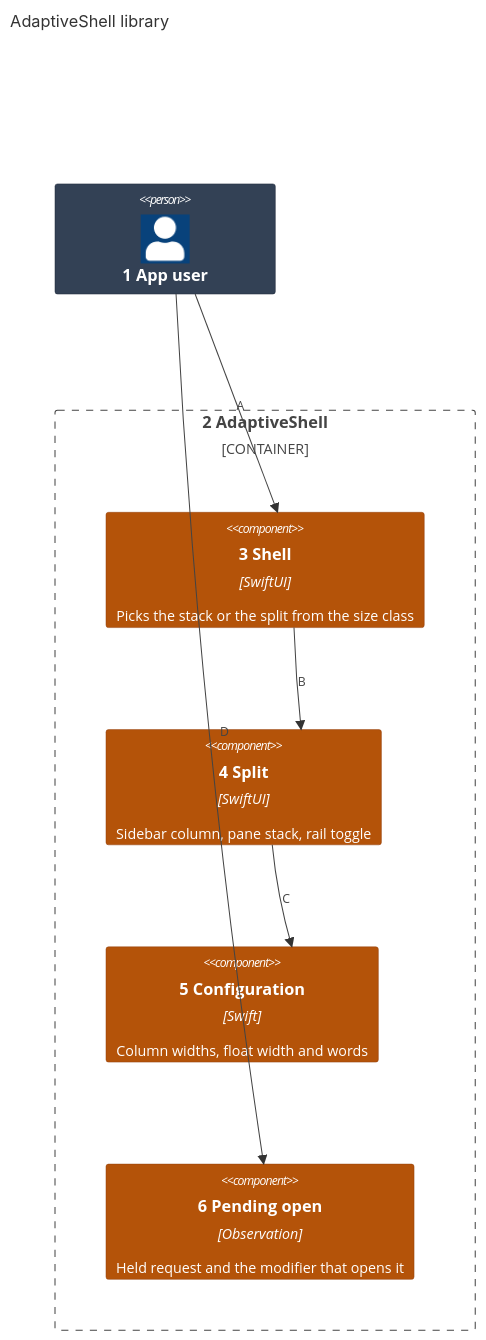
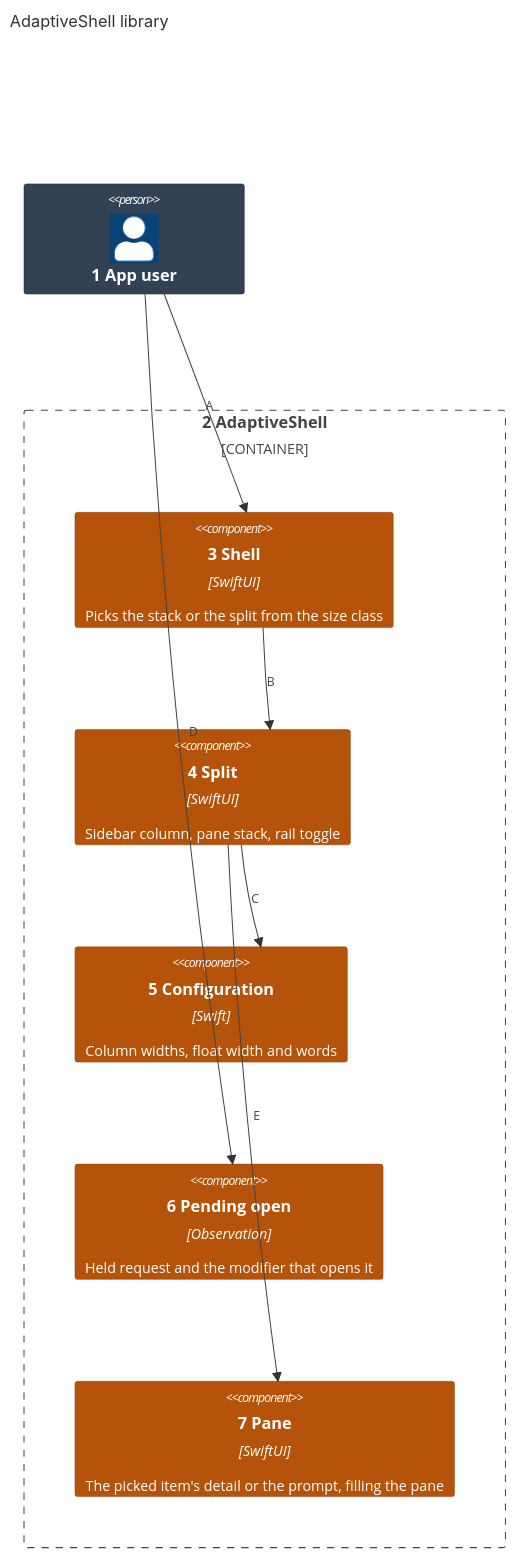
One commit to may-journal/common-swift changed the first of 2 diagrams in Packages/AdaptiveShell/docs/architecture/03-components.md. Above: the diagram before and after it, drawn with Mermaid. The commit also changed other lines of this file and 6 other files, not shown here.

First line of the commit message:
feat(adaptive-shell): add ShellPane for the pane's detail or prompt

````diff
--- a/Packages/AdaptiveShell/docs/architecture/03-components.md
+++ b/Packages/AdaptiveShell/docs/architecture/03-components.md
@@ -5,24 +5,27 @@
 ```mermaid
 C4Component
     title AdaptiveShell library
 
     Person(person, "1 App user")
 
     Container_Boundary(shell, "2 AdaptiveShell") {
         Component(root, "3 Shell", "SwiftUI", "Picks the stack or the split from the size class")
         Component(split, "4 Split", "SwiftUI", "Sidebar column, pane stack, rail toggle")
         Component(config, "5 Configuration", "Swift", "Column widths, float width and words")
         Component(pending, "6 Pending open", "Observation", "Held request and the modifier that opens it")
+        Component(pane, "7 Pane", "SwiftUI", "The picked item's detail or the prompt, filling the pane")
     }
 
     Rel(person, root, "A")
     Rel(root, split, "B")
     Rel(split, config, "C")
     Rel(person, pending, "D")
+    Rel(split, pane, "E")
 
     UpdateElementStyle(person, $bgColor="#334155", $borderColor="#1e293b", $fontColor="#ffffff")
     UpdateElementStyle(root, $bgColor="#b45309", $borderColor="#92400e", $fontColor="#ffffff")
     UpdateElementStyle(split, $bgColor="#b45309", $borderColor="#92400e", $fontColor="#ffffff")
     UpdateElementStyle(config, $bgColor="#b45309", $borderColor="#92400e", $fontColor="#ffffff")
     UpdateElementStyle(pending, $bgColor="#b45309", $borderColor="#92400e", $fontColor="#ffffff")
+    UpdateElementStyle(pane, $bgColor="#b45309", $borderColor="#92400e", $fontColor="#ffffff")
 ```
````
